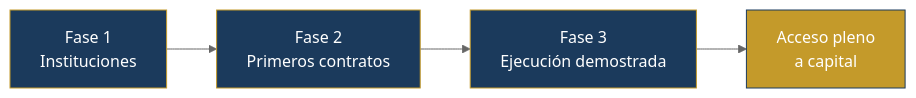
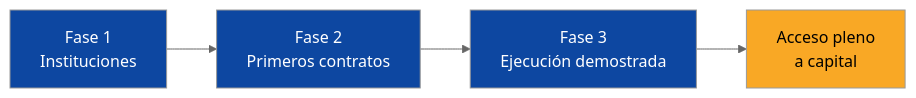
One commit to Venezuela-S-A/venezuela-sa changed the sixth of 6 diagrams in docs/02-motor-financiero/inversion-inicial-fuentes.md. Above: the diagram before and after it, drawn with Mermaid (neutral theme). The commit also changed 127 other files, not shown here.

````diff
--- a/docs/02-motor-financiero/inversion-inicial-fuentes.md
+++ b/docs/02-motor-financiero/inversion-inicial-fuentes.md
@@ -124,15 +124,15 @@
 ```mermaid
 flowchart LR
     A["Fase 1
     Instituciones"] --> B["Fase 2
     Primeros contratos"]
     B --> C["Fase 3
     Ejecución demostrada"]
     C --> D["Acceso pleno
     a capital"]
 
-    style A fill:#1B3A5C,stroke:#C49A2A,color:#fff
-    style B fill:#1B3A5C,stroke:#C49A2A,color:#fff
-    style C fill:#1B3A5C,stroke:#C49A2A,color:#fff
-    style D fill:#C49A2A,stroke:#1B3A5C,color:#fff
+    style A fill:#0D47A1,color:#fff
+    style B fill:#0D47A1,color:#fff
+    style C fill:#0D47A1,color:#fff
+    style D fill:#F9A825,color:#000
 ```
````
